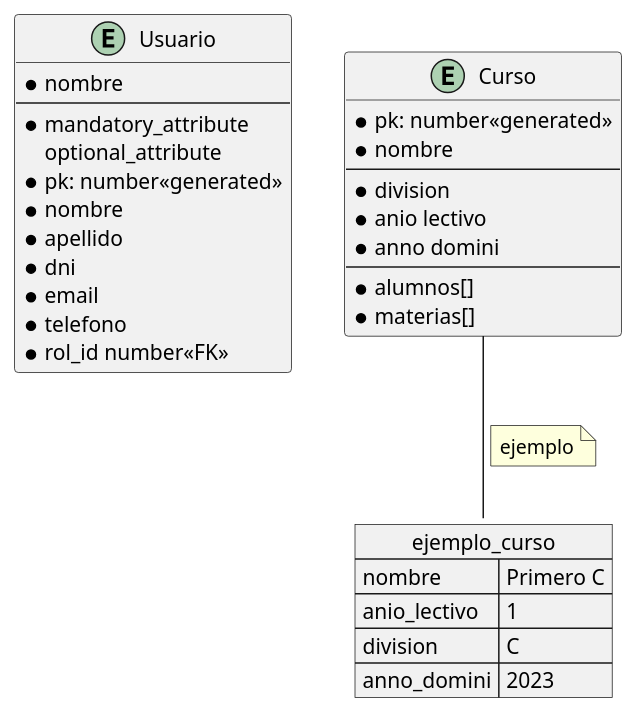
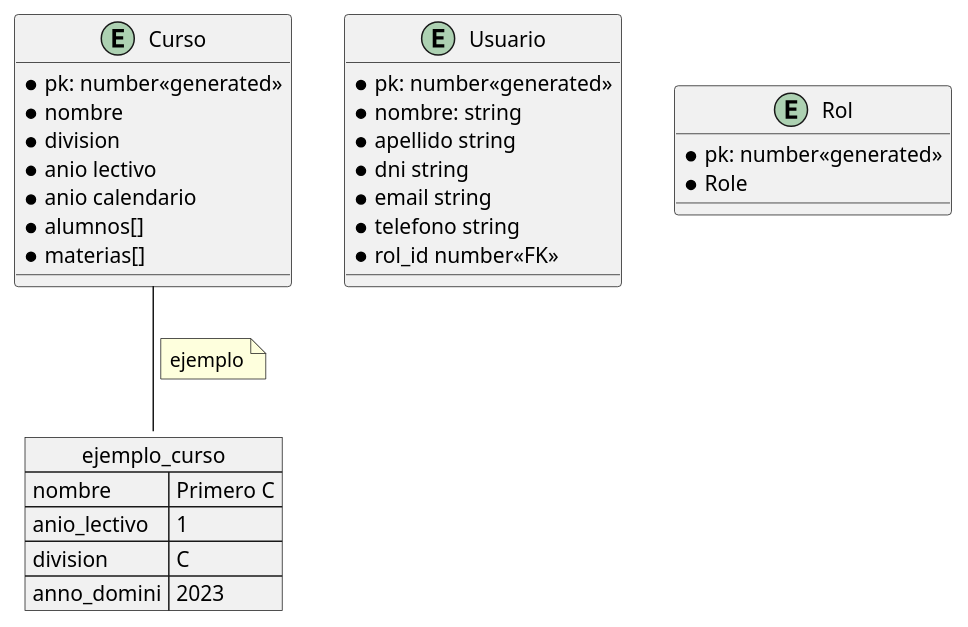
One commit to aragornz325/escuelas changed the diagram in README.md. Above: the diagram before and after it, drawn with PlantUML.

Commit message:
otra vez

````diff
--- a/README.md
+++ b/README.md
@@ -3,47 +3,43 @@
 ```plantuml
 @startuml
 allow_mixing
-entity Usuario {
-  * nombre
-  --
-  * mandatory_attribute
-  optional_attribute
-}
-
 
 entity Curso {
   * pk: number<<generated>>
   * nombre
-  --
   * division
   * anio lectivo
-  * anno domini
-  --
+  * anio calendario
   * alumnos[]
   * materias[]
 }
 
 entity Usuario {
   * pk: number<<generated>>
-  * nombre
-  * apellido
-  * dni
-  * email
-  * telefono
+  * nombre: string
+  * apellido string
+  * dni string
+  * email string
+  * telefono string
   * rol_id number<<FK>>
+}
+
+entity Rol {
+ * pk: number<<generated>>
+ * Role
 }
 
 
 json ejemplo_curso {
    "nombre":"Primero C",
    "anio_lectivo":"1",
    "division":"C",
    "anno_domini":"2023"
 }
 Curso -- ejemplo_curso
 note on link
 ejemplo
 end note
 
 @enduml
 ```
````
